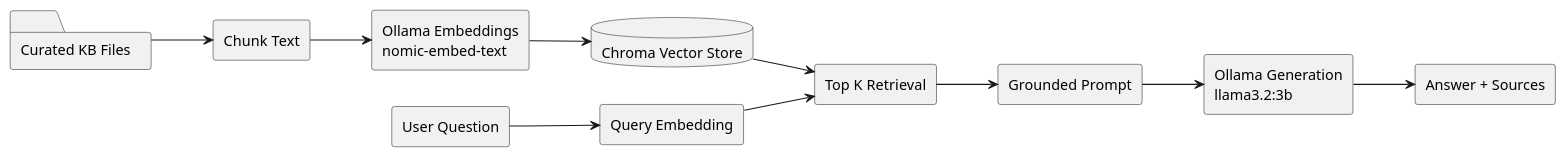
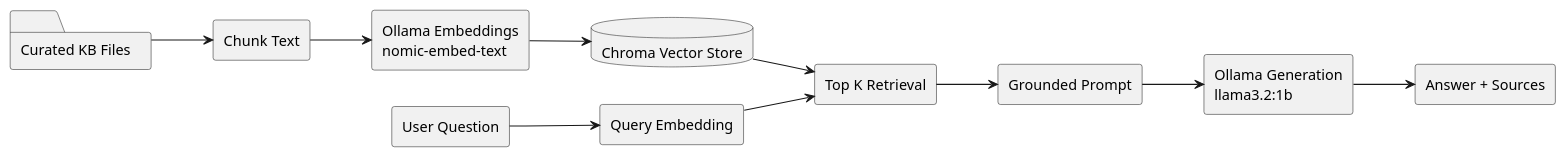
Before and after one commit to SA62-team4/mobile-application-dev-ca: the diagram in docs/specs/08-plan-rag-ai-design.md, drawn with PlantUML. The commit also changed other lines of this file and 8 other files, not shown here.

First line of the commit message:
Speed up CPU-only Ollama generation

````diff
--- a/docs/specs/08-plan-rag-ai-design.md
+++ b/docs/specs/08-plan-rag-ai-design.md
@@ -57,26 +58,26 @@
 ```plantuml
 @startuml
 left to right direction
 
 folder "Curated KB Files" as KB
 rectangle "Chunk Text" as Chunker
 rectangle "Ollama Embeddings\nnomic-embed-text" as Embed
 database "Chroma Vector Store" as Store
 rectangle "User Question" as UserQuestion
 rectangle "Query Embedding" as QueryEmbed
 rectangle "Top K Retrieval" as Retrieve
 rectangle "Grounded Prompt" as Prompt
-rectangle "Ollama Generation\nllama3.2:3b" as Generate
+rectangle "Ollama Generation\nllama3.2:1b" as Generate
 rectangle "Answer + Sources" as Answer
 
 KB --> Chunker
 Chunker --> Embed
 Embed --> Store
 UserQuestion --> QueryEmbed
 QueryEmbed --> Retrieve
 Store --> Retrieve
 Retrieve --> Prompt
 Prompt --> Generate
 Generate --> Answer
 @enduml
 ```
````
